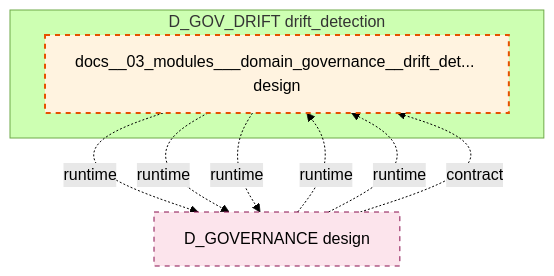
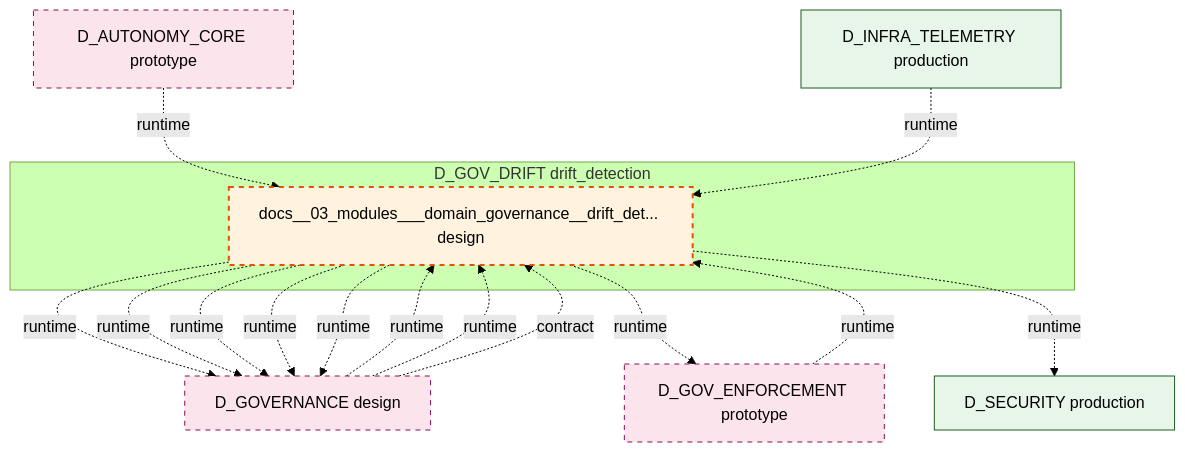
The diagram in docs/02_enterprise_architecture/02_domain_architecture_docs/34_d_gov_drift.md (xuanFelixVan/ZephyrAlpha), drawn with Mermaid (forest theme) before and after one commit. The commit also changed other lines of this file and 99 other files, not shown here.

````diff
--- a/docs/02_enterprise_architecture/02_domain_architecture_docs/34_d_gov_drift.md
+++ b/docs/02_enterprise_architecture/02_domain_architecture_docs/34_d_gov_drift.md
@@ -47,19 +47,31 @@
 ```mermaid
 graph TD
     subgraph D_GOV_DRIFT["D_GOV_DRIFT drift_detection"]
         docs_03_modules_domain_governance_drift_detector_blueprint_md["docs__03_modules___domain_governance__drift_det... design"]
     end
     D_GOVERNANCE["D_GOVERNANCE design"]
     docs_03_modules_domain_governance_drift_detector_blueprint_md -.->|runtime| D_GOVERNANCE
     docs_03_modules_domain_governance_drift_detector_blueprint_md -.->|runtime| D_GOVERNANCE
+    D_GOV_ENFORCEMENT["D_GOV_ENFORCEMENT prototype"]
+    docs_03_modules_domain_governance_drift_detector_blueprint_md -.->|runtime| D_GOV_ENFORCEMENT
+    D_SECURITY["D_SECURITY production"]
+    docs_03_modules_domain_governance_drift_detector_blueprint_md -.->|runtime| D_SECURITY
     docs_03_modules_domain_governance_drift_detector_blueprint_md -.->|runtime| D_GOVERNANCE
+    docs_03_modules_domain_governance_drift_detector_blueprint_md -.->|runtime| D_GOVERNANCE
+    docs_03_modules_domain_governance_drift_detector_blueprint_md -.->|runtime| D_GOVERNANCE
+    D_GOV_ENFORCEMENT -.->|runtime| docs_03_modules_domain_governance_drift_detector_blueprint_md
     D_GOVERNANCE -.->|runtime| docs_03_modules_domain_governance_drift_detector_blueprint_md
     D_GOVERNANCE -.->|runtime| docs_03_modules_domain_governance_drift_detector_blueprint_md
     D_GOVERNANCE -.->|contract| docs_03_modules_domain_governance_drift_detector_blueprint_md
+    D_AUTONOMY_CORE["D_AUTONOMY_CORE prototype"]
+    D_AUTONOMY_CORE -.->|runtime| docs_03_modules_domain_governance_drift_detector_blueprint_md
+    D_INFRA_TELEMETRY["D_INFRA_TELEMETRY production"]
+    D_INFRA_TELEMETRY -.->|runtime| docs_03_modules_domain_governance_drift_detector_blueprint_md
     classDef production fill:#e1f5fe,stroke:#01579b,stroke-width:2px,color:#000
     classDef design fill:#fff3e0,stroke:#e65100,stroke-width:2px,color:#000,stroke-dasharray: 5 5
     classDef external_prod fill:#e8f5e9,stroke:#1b5e20,stroke-width:1px,color:#000
     classDef external_design fill:#fce4ec,stroke:#880e4f,stroke-width:1px,color:#000,stroke-dasharray: 5 5
     class docs_03_modules_domain_governance_drift_detector_blueprint_md design
-    class D_GOVERNANCE external_design
+    class D_SECURITY,D_INFRA_TELEMETRY external_prod
+    class D_GOVERNANCE,D_GOV_ENFORCEMENT,D_AUTONOMY_CORE external_design
 ```
````
